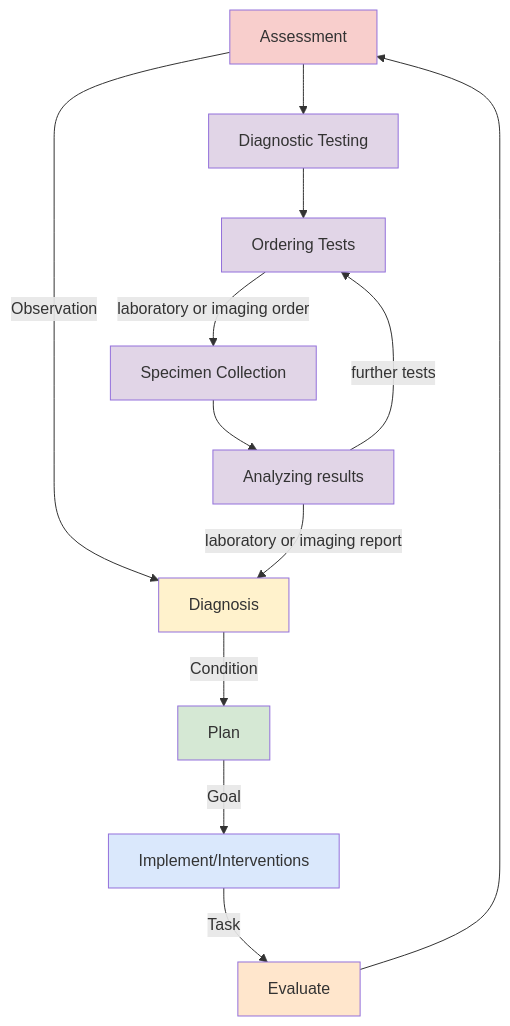
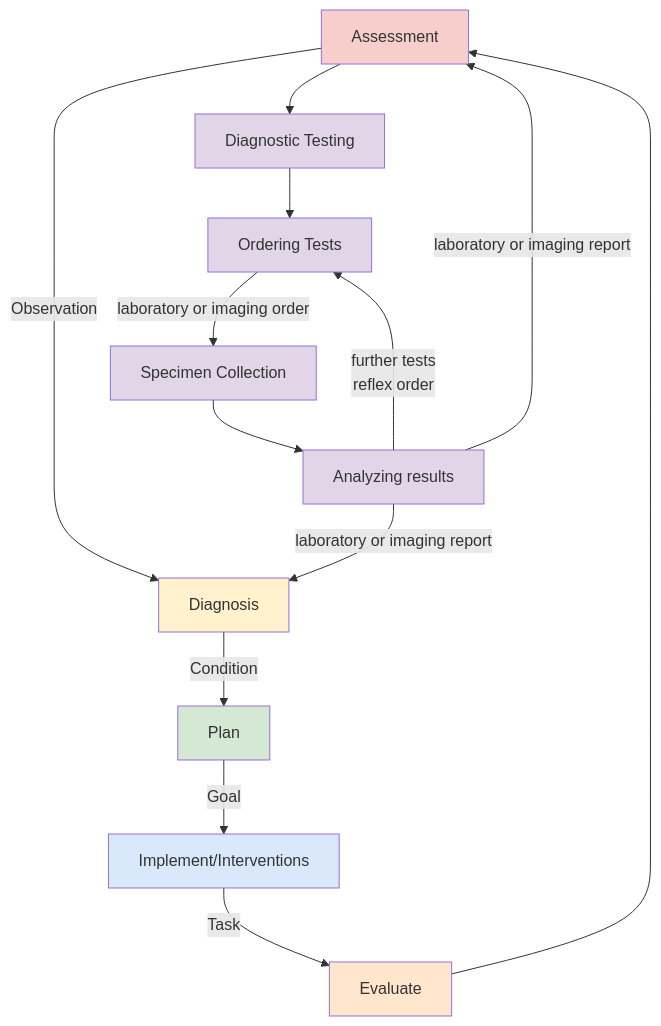
Before and after one commit to uk-gov-mirror/nw-gmsa.nw-gmsa.github.com: the diagram in input/pagecontent/index.md, drawn with Mermaid.

````diff
--- a/input/pagecontent/index.md
+++ b/input/pagecontent/index.md
@@ -13,31 +13,32 @@
 ```mermaid
 graph TD;
 
     A[Assessment]-->|Observation| B;
     A--> O;
     B[Diagnosis]-->|Condition| C;
     O[Diagnostic Testing]--> T;
     T[Ordering Tests]--> |laboratory or imaging order| S;
     S[Specimen Collection] --> AN;
-    AN[Analyzing results] --> |further tests| T;
+    AN[Analyzing results] --> |further tests <br/> reflex order| T;
+    AN --> |laboratory or imaging report| A;
     AN --> |laboratory or imaging report| B;
     C[Plan]-->|Goal| D;
     D[Implement/Interventions]-->|Task| E;
     E[Evaluate]-->A;
 
     classDef purple fill:#E1D5E7;
 
     classDef yellow fill:#FFF2CC;
     classDef pink fill:#F8CECC
     classDef green fill:#D5E8D4;
     classDef blue fill:#DAE8FC;
     classDef orange fill:#FFE6CC;
 
     class A pink
     class B yellow
     class C green
     class D blue
     class E orange
 
     class O,S,T,AN purple
 ```
````
